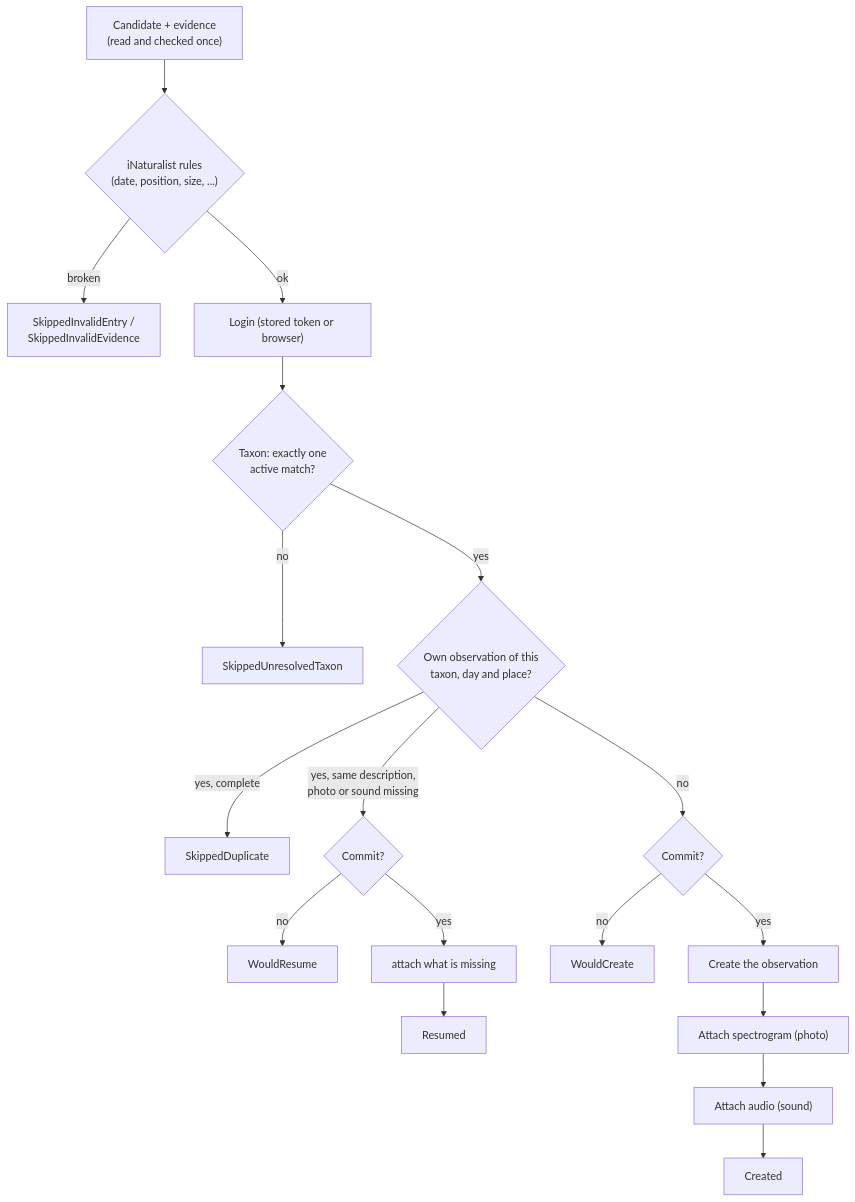
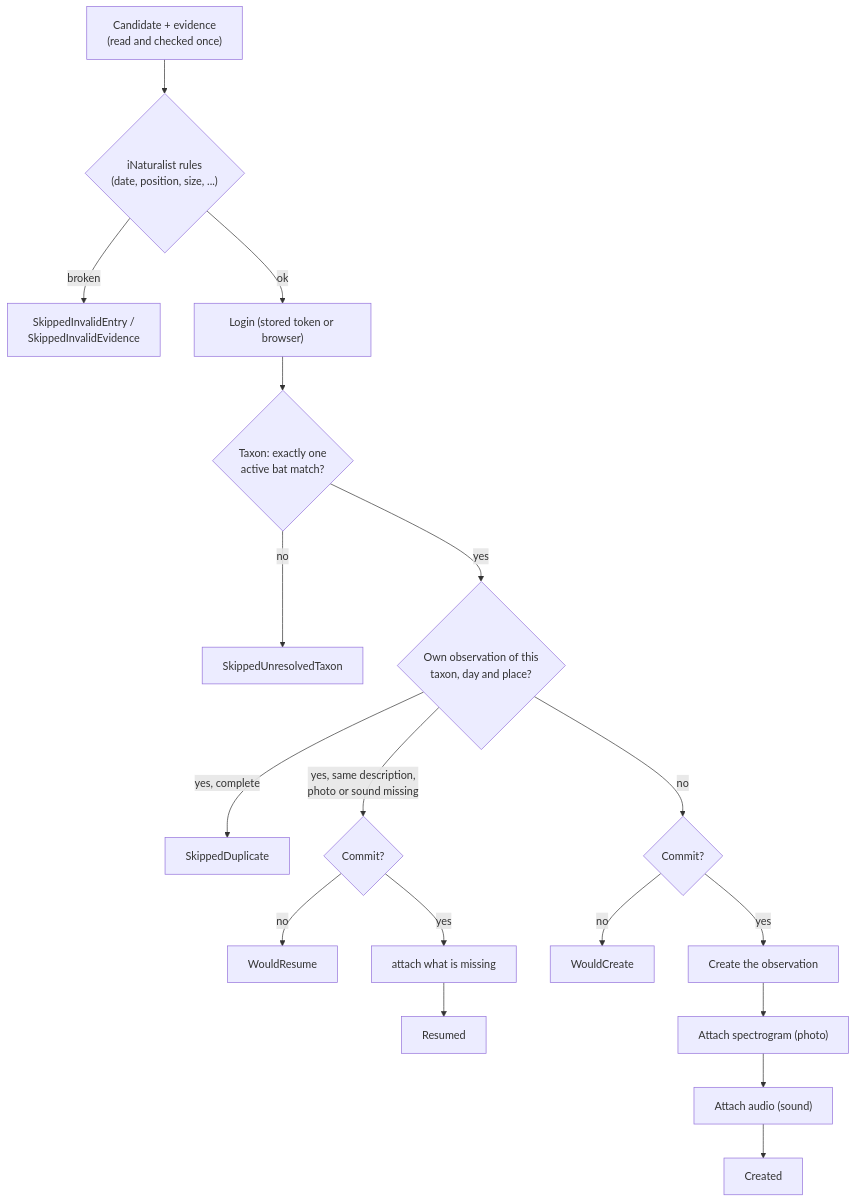
One commit to microglossum/batinspector-publisher changed the diagram in docs/inaturalist.md. Above: the diagram before and after it, drawn with Mermaid. The commit also changed other lines of this file and 27 other files, not shown here.

````diff
--- a/docs/inaturalist.md
+++ b/docs/inaturalist.md
@@ -14,20 +14,20 @@
 ```mermaid
 flowchart TD
     A["Candidate + evidence<br/>(read and checked once)"] --> B{"iNaturalist rules<br/>(date, position, size, ...)"}
     B -->|broken| S1["SkippedInvalidEntry /<br/>SkippedInvalidEvidence"]
     B -->|ok| C["Login (stored token or browser)"]
-    C --> D{"Taxon: exactly one<br/>active match?"}
+    C --> D{"Taxon: exactly one<br/>active bat match?"}
     D -->|no| S2["SkippedUnresolvedTaxon"]
     D -->|yes| E{"Own observation of this<br/>taxon, day and place?"}
     E -->|"yes, complete"| S3["SkippedDuplicate"]
     E -->|"yes, same description,<br/>photo or sound missing"| G{"Commit?"}
     E -->|no| H{"Commit?"}
     G -->|no| W1["WouldResume"]
     G -->|yes| K["attach what is missing"]
     H -->|no| W2["WouldCreate"]
     H -->|yes| I["Create the observation"]
     I --> J["Attach spectrogram (photo)"]
     J --> K2["Attach audio (sound)"]
     K --> R["Resumed"]
     K2 --> CR["Created"]
 ```
````
